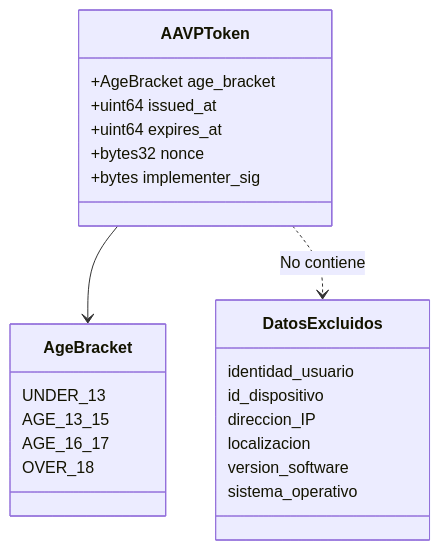
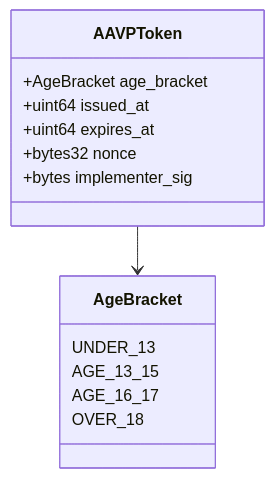
One commit to jorgej-ramos/AAVP changed the fourth of 13 diagrams in README.md. Above: the diagram before and after it, drawn with Mermaid. The commit also changed other lines of this file, not shown here.

First line of the commit message:
Refactor README structure and update diagrams

````diff
--- a/README.md
+++ b/README.md
@@ -225,29 +186,17 @@
 ```mermaid
 classDiagram
     class AAVPToken {
         +AgeBracket age_bracket
         +uint64 issued_at
         +uint64 expires_at
         +bytes32 nonce
         +bytes implementer_sig
     }
-
     class AgeBracket {
         UNDER_13
         AGE_13_15
         AGE_16_17
         OVER_18
     }
-
-    class DatosExcluidos {
-        identidad_usuario
-        id_dispositivo
-        direccion_IP
-        localizacion
-        version_software
-        sistema_operativo
-    }
-
     AAVPToken --> AgeBracket
-    AAVPToken ..> DatosExcluidos : No contiene
 ```
````
